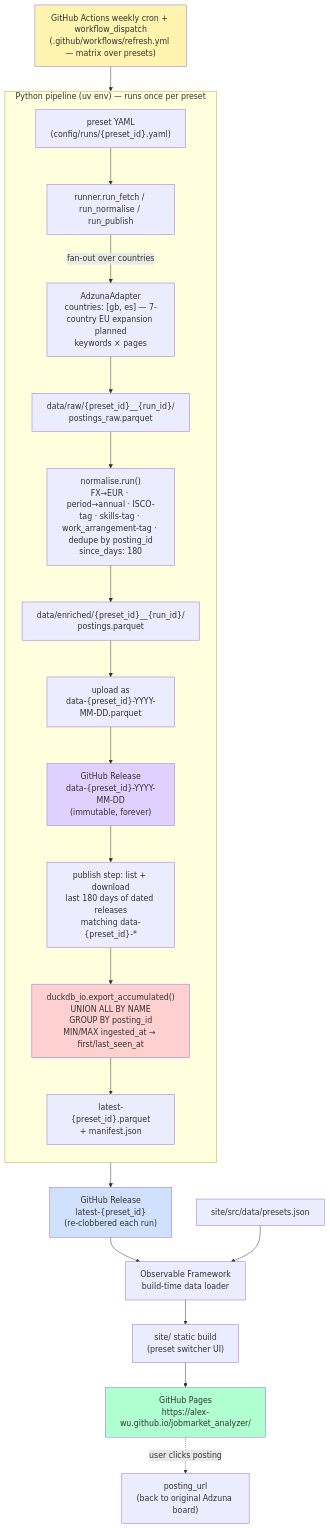
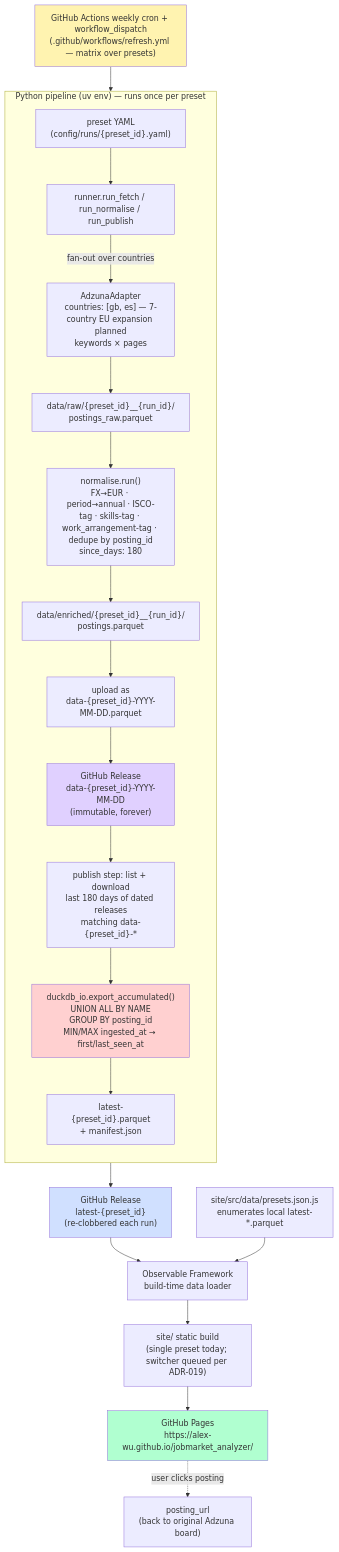
Before and after one commit to alex-wu/jobmarket_analyzer: the diagram in docs/architecture.md, drawn with Mermaid. The commit also changed other lines of this file and 4 other files, not shown here.

Commit message:
docs: post-hardening alignment — CHANGELOG July entries, NOTICE ATS shelved, switcher-queued labels, adzuna docstring (#34)

````diff
--- a/docs/architecture.md
+++ b/docs/architecture.md
@@ -7,31 +7,31 @@
 ```mermaid
 flowchart TD
     cron["GitHub Actions weekly cron + workflow_dispatch<br/>(.github/workflows/refresh.yml — matrix over presets)"] --> runner
 
     subgraph pipeline["Python pipeline (uv env) — runs once per preset"]
         direction TB
         preset["preset YAML<br/>(config/runs/{preset_id}.yaml)"] --> runner["runner.run_fetch / run_normalise / run_publish"]
         runner -->|fan-out over countries| adzuna["AdzunaAdapter<br/>countries: [gb, es] — 7-country EU expansion planned<br/>keywords × pages"]
         adzuna --> raw["data/raw/{preset_id}__{run_id}/<br/>postings_raw.parquet"]
         raw --> normalise["normalise.run()<br/>FX→EUR · period→annual · ISCO-tag · skills-tag · work_arrangement-tag · dedupe by posting_id<br/>since_days: 180"]
         normalise --> enriched["data/enriched/{preset_id}__{run_id}/<br/>postings.parquet"]
         enriched --> archive_upload["upload as<br/>data-{preset_id}-YYYY-MM-DD.parquet"]
         archive_upload --> dated_release["GitHub Release<br/>data-{preset_id}-YYYY-MM-DD<br/>(immutable, forever)"]
         dated_release --> accum_download["publish step: list + download<br/>last 180 days of dated releases<br/>matching data-{preset_id}-*"]
         accum_download --> accumulate["duckdb_io.export_accumulated()<br/>UNION ALL BY NAME<br/>GROUP BY posting_id<br/>MIN/MAX ingested_at → first/last_seen_at"]
         accumulate --> latest_artifact["latest-{preset_id}.parquet<br/>+ manifest.json"]
     end
 
     latest_artifact --> latest_release["GitHub Release<br/>latest-{preset_id}<br/>(re-clobbered each run)"]
     latest_release --> loader["Observable Framework<br/>build-time data loader"]
-    presets_manifest["site/src/data/presets.json"] --> loader
-    loader --> site["site/ static build<br/>(preset switcher UI)"]
+    presets_manifest["site/src/data/presets.json.js<br/>enumerates local latest-*.parquet"] --> loader
+    loader --> site["site/ static build<br/>(single preset today; switcher queued per ADR-019)"]
     site --> pages["GitHub Pages<br/>https://alex-wu.github.io/jobmarket_analyzer/"]
     pages -.->|user clicks posting| source_url["posting_url<br/>(back to original Adzuna board)"]
 
     style cron fill:#fff3b0
     style pages fill:#b0ffd0
     style latest_release fill:#d0e0ff
     style dated_release fill:#e0d0ff
     style accumulate fill:#ffd0d0
 ```
````
